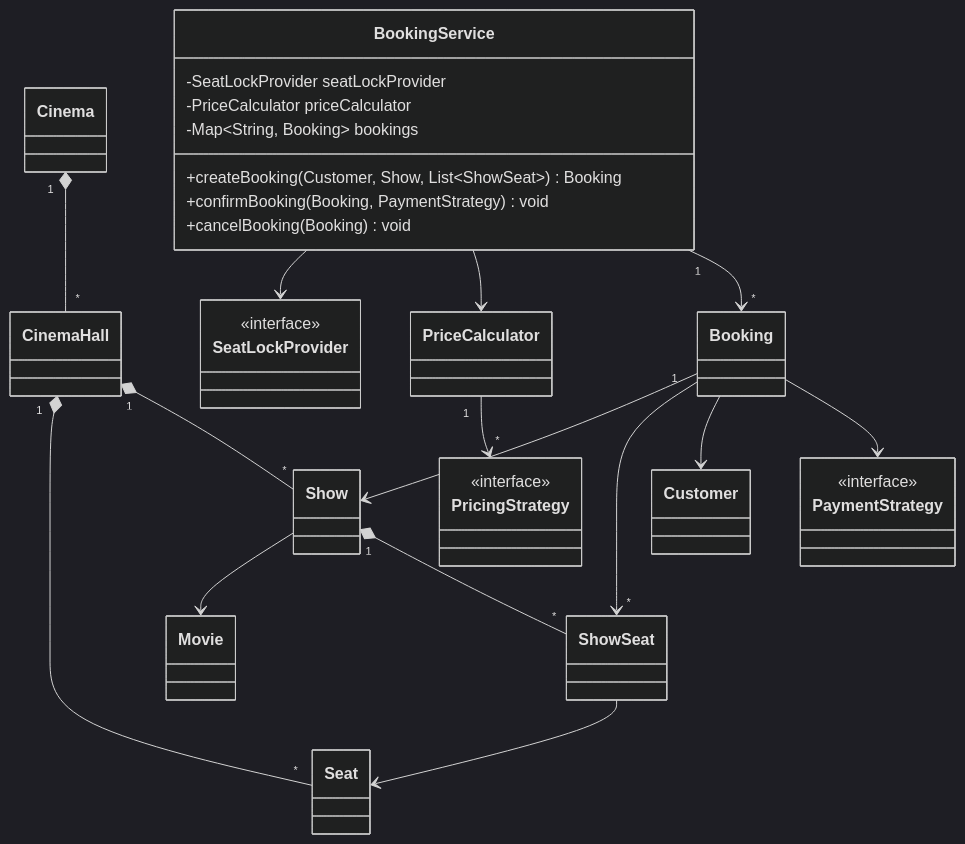
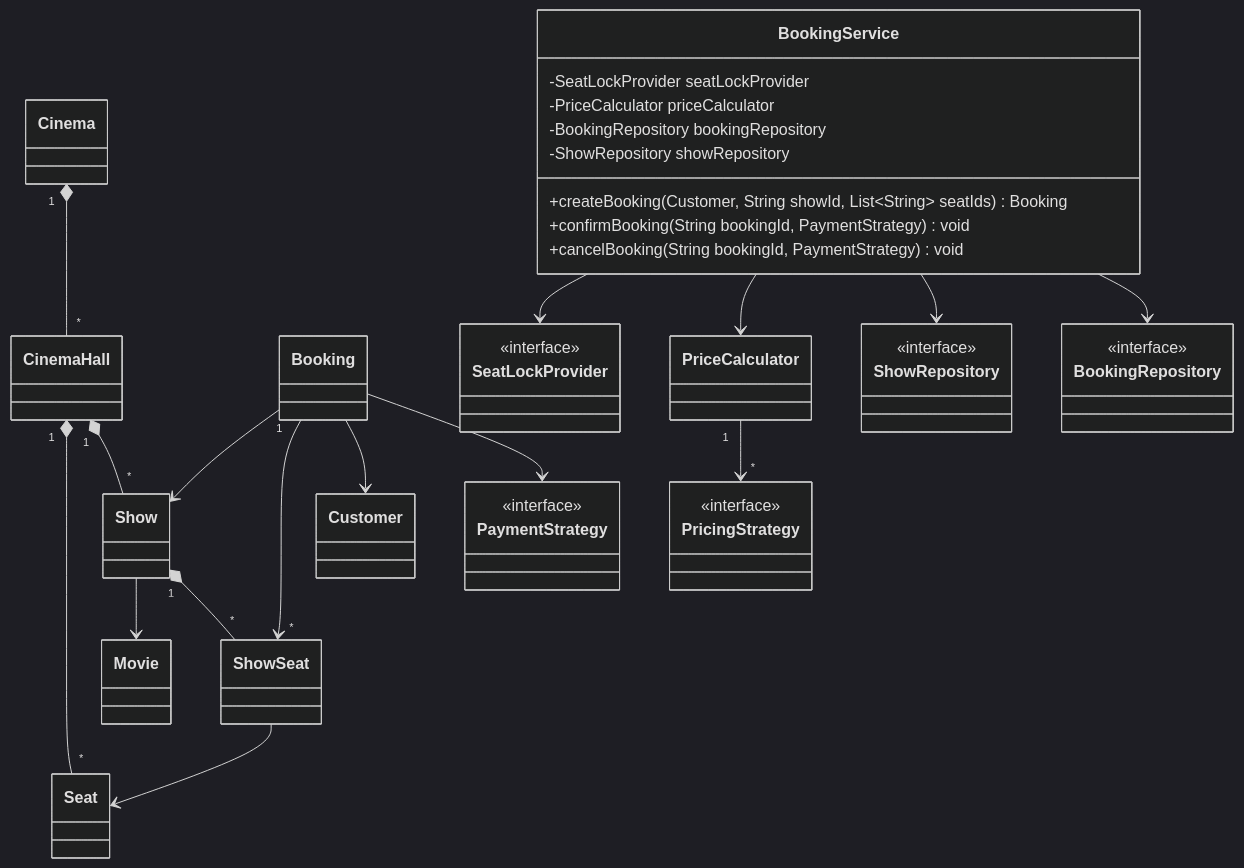
The seventh of 7 diagrams in Readme.md (thangtn98/movie_booking), drawn with Mermaid (dark theme) before and after one commit. The commit also changed other lines of this file and 1 other file, not shown here.

````diff
--- a/Readme.md
+++ b/Readme.md
@@ -285,45 +301,53 @@
 ```mermaid
 classDiagram
     class BookingService {
         -SeatLockProvider seatLockProvider
         -PriceCalculator priceCalculator
-        -Map~String, Booking~ bookings
-        +createBooking(Customer, Show, List~ShowSeat~) Booking
-        +confirmBooking(Booking, PaymentStrategy) void
-        +cancelBooking(Booking) void
+        -BookingRepository bookingRepository
+        -ShowRepository showRepository
+        +createBooking(Customer, String showId, List~String~ seatIds) Booking
+        +confirmBooking(String bookingId, PaymentStrategy) void
+        +cancelBooking(String bookingId, PaymentStrategy) void
     }
  
     class Cinema
     class CinemaHall
     class Seat
     class Movie
     class Show
     class ShowSeat
     class Booking
     class Customer
     class SeatLockProvider {
+        <<interface>>
+    }
+    class ShowRepository {
+        <<interface>>
+    }
+    class BookingRepository {
         <<interface>>
     }
     class PriceCalculator
     class PricingStrategy {
         <<interface>>
     }
     class PaymentStrategy {
         <<interface>>
     }
  
     Cinema "1" *-- "*" CinemaHall
     CinemaHall "1" *-- "*" Seat
     CinemaHall "1" *-- "*" Show
     Show --> Movie
     Show "1" *-- "*" ShowSeat
     ShowSeat --> Seat
     Booking --> Show
     Booking "1" --> "*" ShowSeat
     Booking --> Customer
     BookingService --> SeatLockProvider
     BookingService --> PriceCalculator
-    BookingService "1" --> "*" Booking
+    BookingService --> ShowRepository
+    BookingService --> BookingRepository
     PriceCalculator "1" --> "*" PricingStrategy
     Booking --> PaymentStrategy
 ```
````
